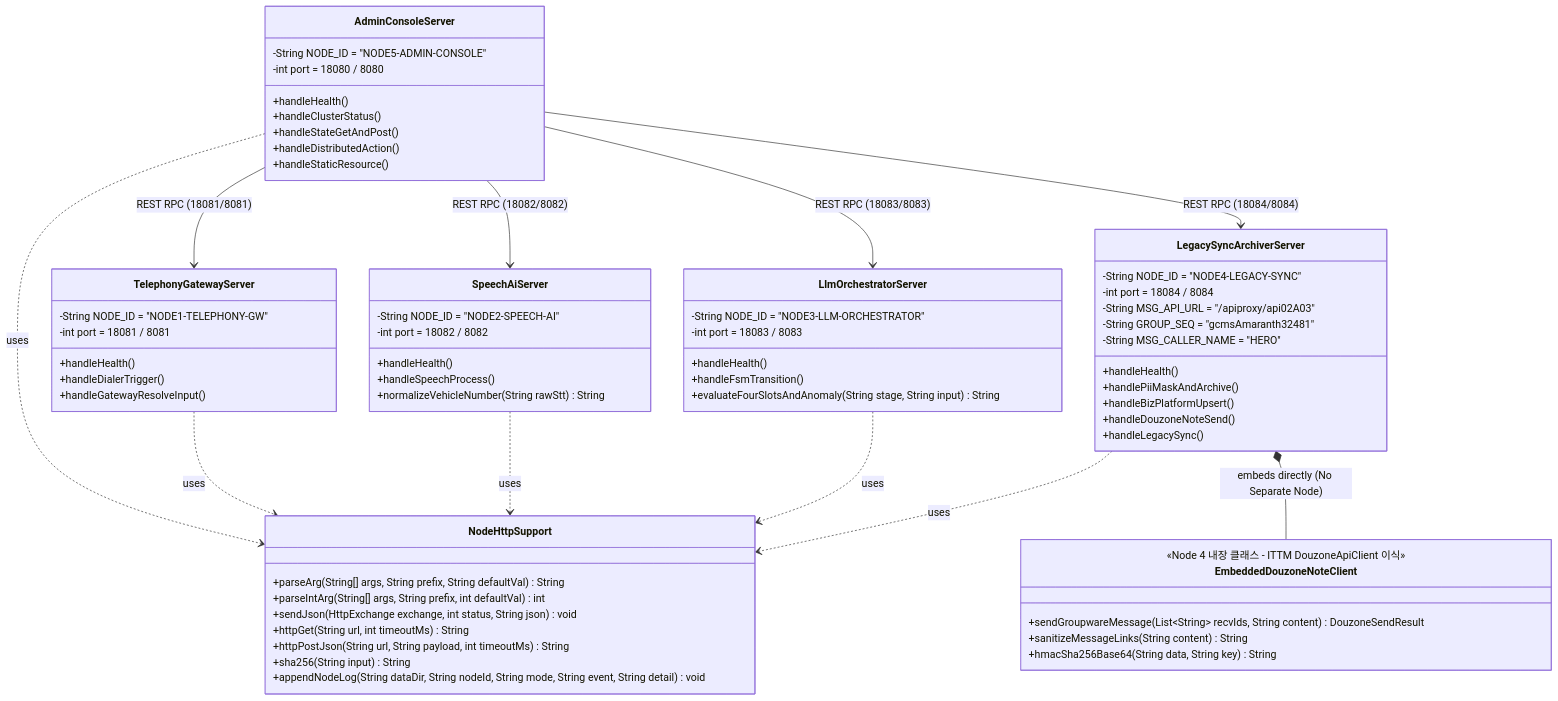
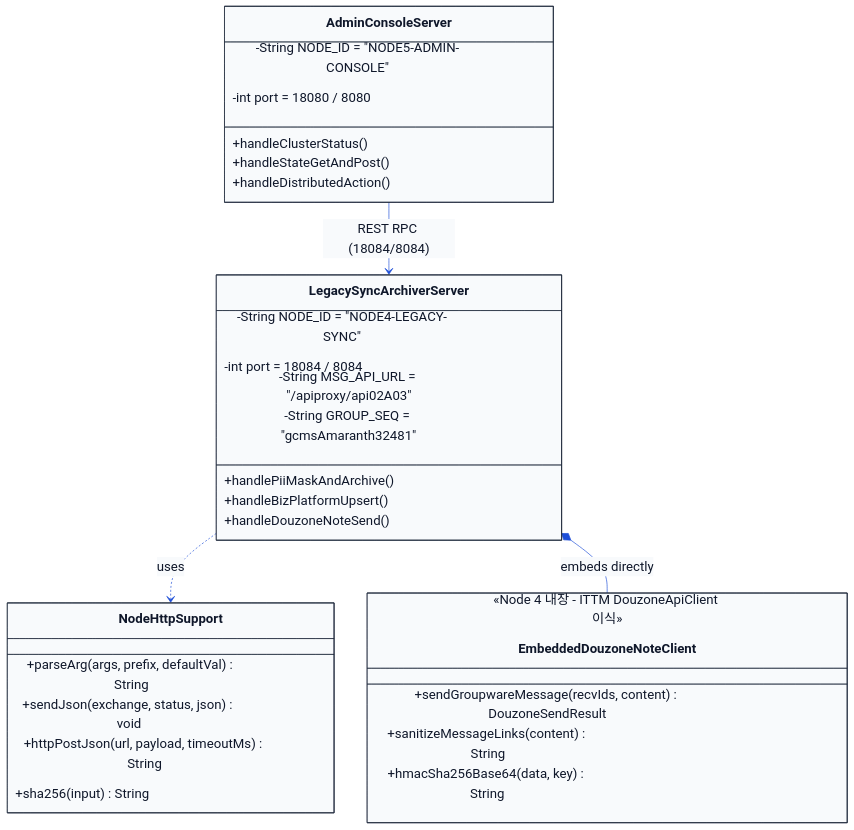
Before and after one commit to herosonsa1/AI_HappyCall: the third of 4 diagrams in dist/docs/02_응용프로그램_설계도면.md, drawn with Mermaid. The commit also changed other lines of this file and 8 other files, not shown here.

Commit message:
style(docs): enlarge table and Mermaid diagram font sizes (20px-22px) and optimize vertical layout across all .md deliverables

````diff
--- a/dist/docs/02_응용프로그램_설계도면.md
+++ b/dist/docs/02_응용프로그램_설계도면.md
@@ -102,77 +161,50 @@
 ```mermaid
+%%{init: {
+  'theme': 'base',
+  'themeVariables': {
+    'fontSize': '20px',
+    'fontFamily': 'Pretendard, Malgun Gothic, sans-serif',
+    'primaryColor': '#f8fafc',
+    'primaryTextColor': '#0f172a',
+    'primaryBorderColor': '#1e293b',
+    'lineColor': '#1d4ed8'
+  }
+}}%%
 classDiagram
+    direction TB
     class NodeHttpSupport {
-        +parseArg(String[] args, String prefix, String defaultVal) String
-        +parseIntArg(String[] args, String prefix, int defaultVal) int
-        +sendJson(HttpExchange exchange, int status, String json) void
-        +httpGet(String url, int timeoutMs) String
-        +httpPostJson(String url, String payload, int timeoutMs) String
-        +sha256(String input) String
-        +appendNodeLog(String dataDir, String nodeId, String mode, String event, String detail) void
-    }
-
-    class TelephonyGatewayServer {
-        -String NODE_ID = "NODE1-TELEPHONY-GW"
-        -int port = 18081 / 8081
-        +handleHealth()
-        +handleDialerTrigger()
-        +handleGatewayResolveInput()
-    }
-
-    class SpeechAiServer {
-        -String NODE_ID = "NODE2-SPEECH-AI"
-        -int port = 18082 / 8082
-        +handleHealth()
-        +handleSpeechProcess()
-        +normalizeVehicleNumber(String rawStt) String
-    }
-
-    class LlmOrchestratorServer {
-        -String NODE_ID = "NODE3-LLM-ORCHESTRATOR"
-        -int port = 18083 / 8083
-        +handleHealth()
-        +handleFsmTransition()
-        +evaluateFourSlotsAndAnomaly(String stage, String input) String
+        +parseArg(args, prefix, defaultVal) String
+        +sendJson(exchange, status, json) void
+        +httpPostJson(url, payload, timeoutMs) String
+        +sha256(input) String
     }
 
     class LegacySyncArchiverServer {
         -String NODE_ID = "NODE4-LEGACY-SYNC"
         -int port = 18084 / 8084
         -String MSG_API_URL = "/apiproxy/api02A03"
         -String GROUP_SEQ = "gcmsAmaranth32481"
-        -String MSG_CALLER_NAME = "HERO"
-        +handleHealth()
         +handlePiiMaskAndArchive()
         +handleBizPlatformUpsert()
         +handleDouzoneNoteSend()
-        +handleLegacySync()
     }
 
     class EmbeddedDouzoneNoteClient {
-        <<Node 4 내장 클래스 - ITTM DouzoneApiClient 이식>>
-        +sendGroupwareMessage(List~String~ recvIds, String content) DouzoneSendResult
-        +sanitizeMessageLinks(String content) String
-        +hmacSha256Base64(String data, String key) String
+        <<Node 4 내장 - ITTM DouzoneApiClient 이식>>
+        +sendGroupwareMessage(recvIds, content) DouzoneSendResult
+        +sanitizeMessageLinks(content) String
+        +hmacSha256Base64(data, key) String
     }
 
     class AdminConsoleServer {
         -String NODE_ID = "NODE5-ADMIN-CONSOLE"
         -int port = 18080 / 8080
-        +handleHealth()
         +handleClusterStatus()
         +handleStateGetAndPost()
         +handleDistributedAction()
-        +handleStaticResource()
     }
 
-    TelephonyGatewayServer ..> NodeHttpSupport : uses
-    SpeechAiServer ..> NodeHttpSupport : uses
-    LlmOrchestratorServer ..> NodeHttpSupport : uses
     LegacySyncArchiverServer ..> NodeHttpSupport : uses
-    LegacySyncArchiverServer *-- EmbeddedDouzoneNoteClient : embeds directly (No Separate Node)
-    AdminConsoleServer ..> NodeHttpSupport : uses
-    AdminConsoleServer --> TelephonyGatewayServer : REST RPC (18081/8081)
-    AdminConsoleServer --> SpeechAiServer : REST RPC (18082/8082)
-    AdminConsoleServer --> LlmOrchestratorServer : REST RPC (18083/8083)
+    LegacySyncArchiverServer *-- EmbeddedDouzoneNoteClient : embeds directly
     AdminConsoleServer --> LegacySyncArchiverServer : REST RPC (18084/8084)
 ```
````
